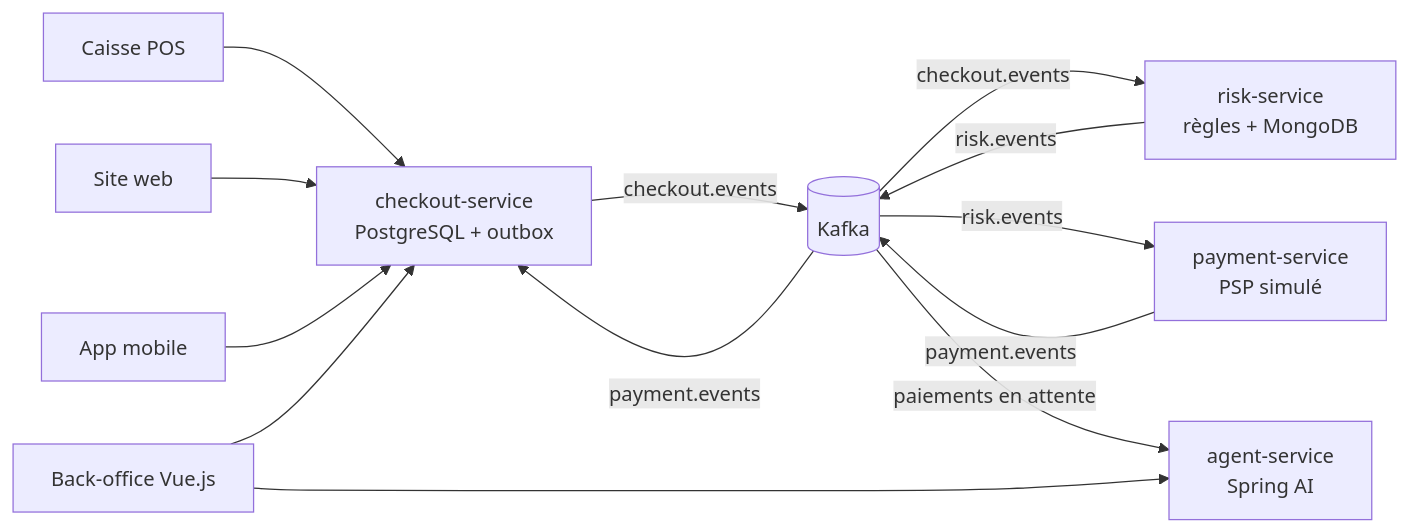
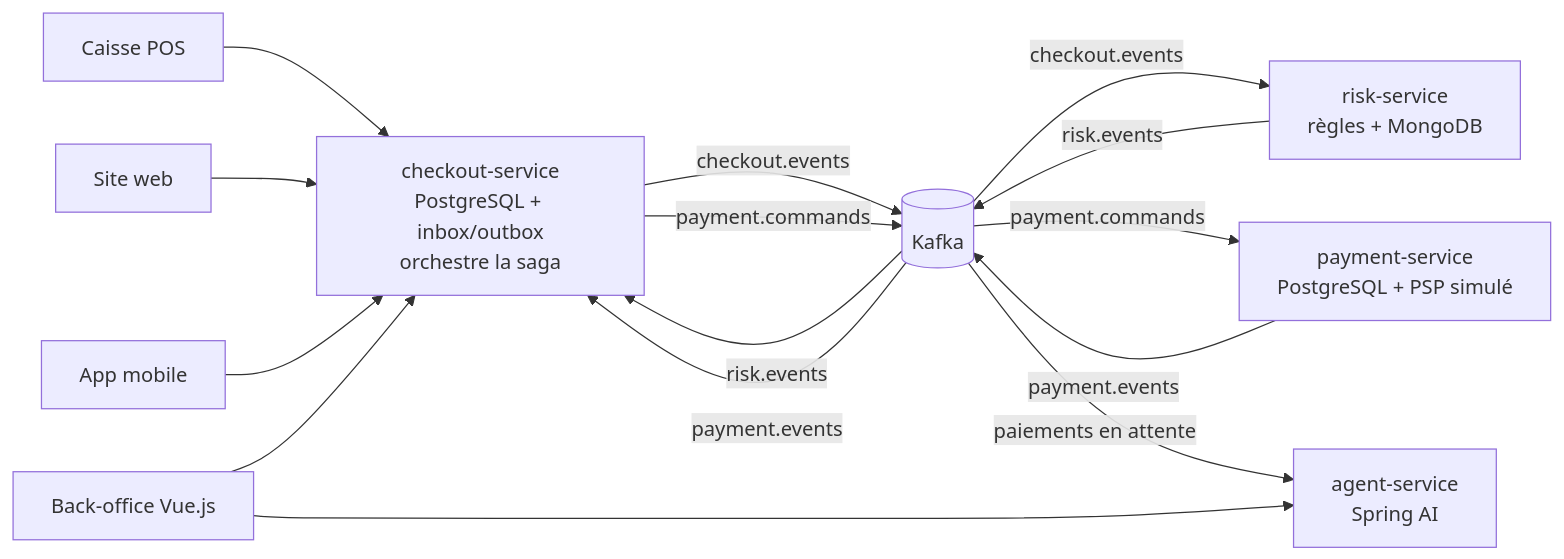
The first of 2 diagrams in README.md (omarboukherys/smart-checkout-ai), drawn with Mermaid before and after one commit. The commit also changed other lines of this file and 5 other files, not shown here.

Commit message:
test: saga and payment integration tests, singleton containers, ADR 0005

````diff
--- a/README.md
+++ b/README.md
@@ -11,15 +11,17 @@
 ```mermaid
 flowchart LR
     POS[Caisse POS] --> CS
     WEB[Site web] --> CS
     MOB[App mobile] --> CS
-    CS[checkout-service<br/>PostgreSQL + outbox] -- checkout.events --> K[(Kafka)]
+    CS[checkout-service<br/>PostgreSQL + inbox/outbox<br/>orchestre la saga] -- checkout.events --> K[(Kafka)]
     K -- checkout.events --> RS[risk-service<br/>règles + MongoDB]
     RS -- risk.events --> K
-    K -- risk.events --> PS[payment-service<br/>PSP simulé]
+    K -- risk.events --> CS
+    CS -- payment.commands --> K
+    K -- payment.commands --> PS[payment-service<br/>PostgreSQL + PSP simulé]
     PS -- payment.events --> K
     K -- payment.events --> CS
     K -- paiements en attente --> AG[agent-service<br/>Spring AI]
     BO[Back-office Vue.js] --> CS
     BO --> AG
 ```
````
